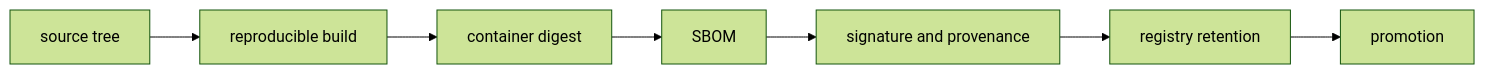
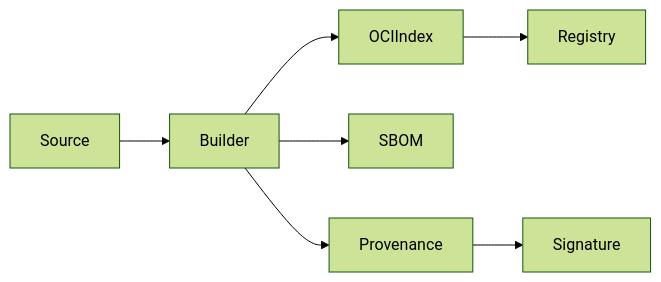
One commit to m1mohamad/devops-sre-prep changed the diagram in docs/study/cicd/03-build-artifacts-and-registries.md. Above: the diagram before and after it, drawn with Mermaid (forest theme). The commit also changed other lines of this file and 106 other files, not shown here.

````diff
--- a/docs/study/cicd/03-build-artifacts-and-registries.md
+++ b/docs/study/cicd/03-build-artifacts-and-registries.md
@@ -15,4 +19,6 @@
 ```mermaid
 flowchart LR
-  N0[source tree] --> N1[reproducible build] --> N2[container digest] --> N3[SBOM] --> N4[signature and provenance] --> N5[registry retention] --> N6[promotion]
+  Source --> Builder --> OCIIndex --> Registry
+  Builder --> SBOM
+  Builder --> Provenance --> Signature
 ```
````
